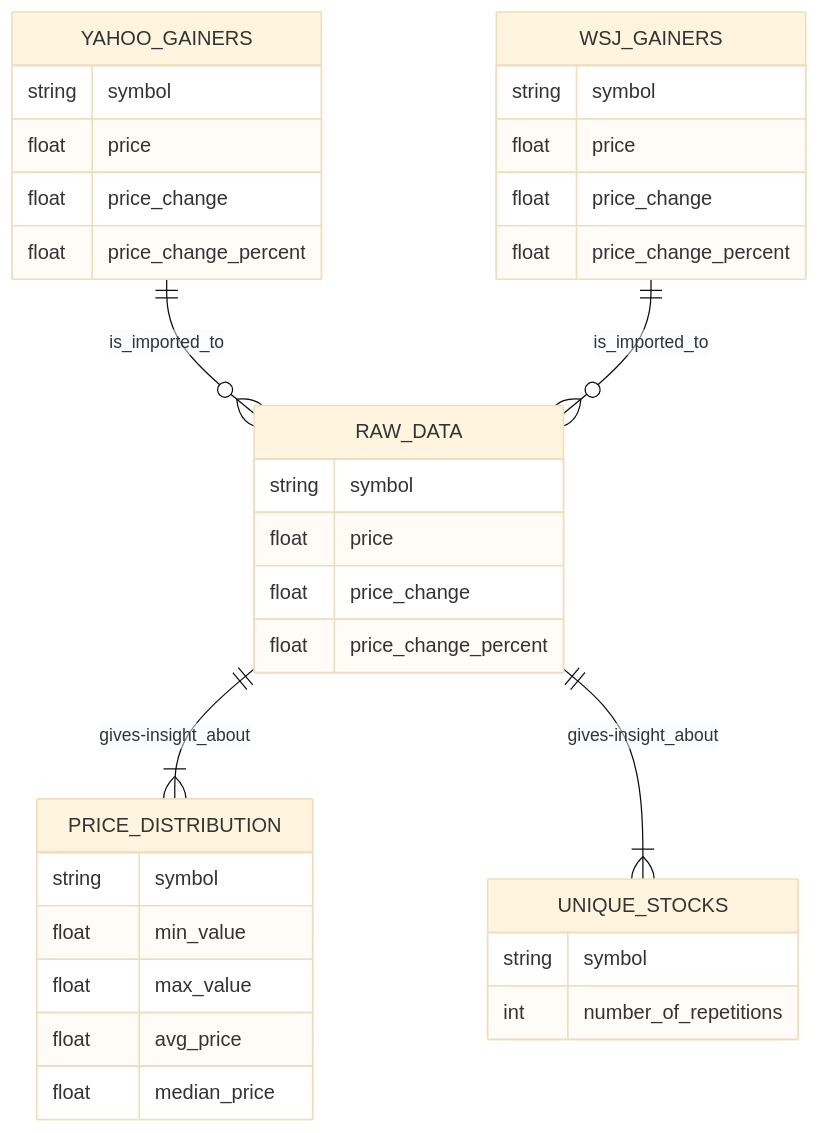
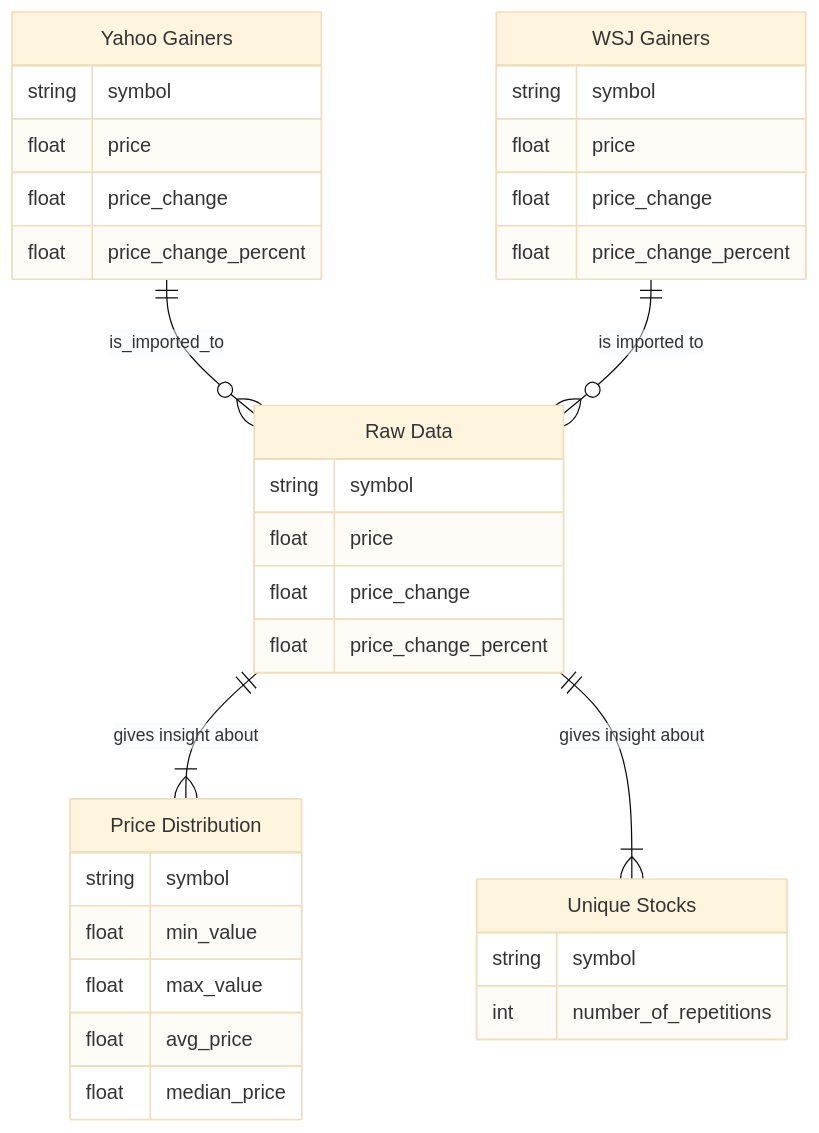
Before and after one commit to etiennejimenez/SP25_DS5111_rcs2mh: the diagram in ERD.md, drawn with Mermaid (base theme).

Commit message:
Lab 8 - Update ERD.md

````diff
--- a/ERD.md
+++ b/ERD.md
@@ -28,37 +28,37 @@
 ```mermaid
 erDiagram
-    YAHOO_GAINERS ||--o{ RAW_DATA : is_imported_to
-    YAHOO_GAINERS {
+    "Yahoo Gainers" ||--o{ "Raw Data" : is_imported_to
+    "Yahoo Gainers" {
         string symbol
         float price
         float price_change
         float price_change_percent
     }
-    WSJ_GAINERS ||--o{ RAW_DATA : is_imported_to
-    WSJ_GAINERS {
+    "WSJ Gainers" ||--o{ "Raw Data" : "is imported to"
+    "WSJ Gainers" {
         string symbol
         float price
         float price_change
         float price_change_percent
     }
-    RAW_DATA ||--|{ PRICE_DISTRIBUTION : gives-insight_about
-    RAW_DATA ||--|{ UNIQUE_STOCKS : gives-insight_about
-    RAW_DATA {
+    "Raw Data" ||--|{ "Price Distribution" : "gives insight about"
+    "Raw Data" ||--|{ "Unique Stocks" : "gives insight about"
+    "Raw Data" {
         string symbol
         float price
         float price_change
         float price_change_percent
     
     }
-    PRICE_DISTRIBUTION {
+    "Price Distribution" {
         string symbol
         float min_value
         float max_value
         float avg_price
         float median_price
     }
-    UNIQUE_STOCKS {
+    "Unique Stocks" {
         string symbol
         int number_of_repetitions
     }
 ```
````
